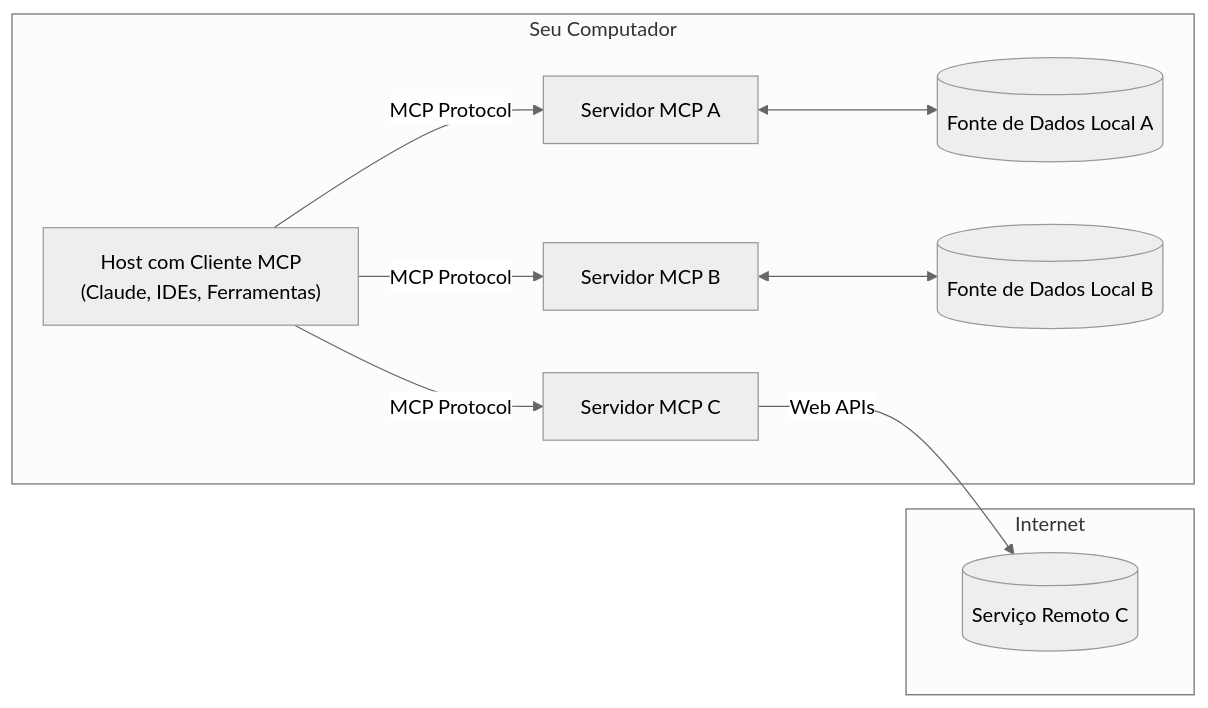
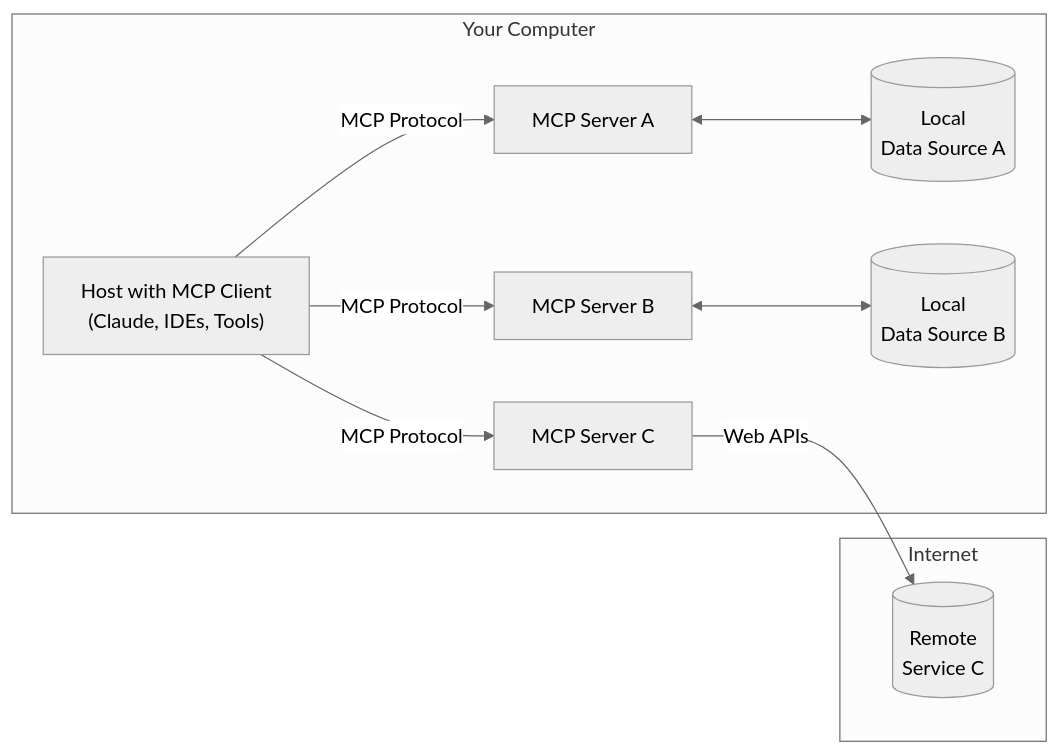
The first of 2 diagrams in mcp/README.md (luizweb/ai-dev), drawn with Mermaid before and after one commit. The commit also changed other lines of this file and 10 other files, not shown here.

````diff
--- a/mcp/README.md
+++ b/mcp/README.md
@@ -51,24 +46,24 @@
 ```mermaid
 ---
 config:
   theme: neutral
   look: classic
   layout: dagre
 ---
 flowchart LR
- subgraph Computer["Seu Computador"]
-        Client["Host com Cliente MCP<br>(Claude, IDEs, Ferramentas)"]
-        ServerA["Servidor MCP A"]
-        ServerB["Servidor MCP B"]
-        ServerC["Servidor MCP C"]
-        DataA[("Fonte de Dados Local A")]
-        DataB[("Fonte de Dados Local B")]
+ subgraph Computer["Your Computer"]
+        Client["Host with MCP Client<br>(Claude, IDEs, Tools)"]
+        ServerA["MCP Server A"]
+        ServerB["MCP Server B"]
+        ServerC["MCP Server C"]
+        DataA[("Local<br>Data Source A")]
+        DataB[("Local<br>Data Source B")]
   end
  subgraph Internet["Internet"]
-        RemoteC[("Serviço Remoto C")]
+        RemoteC[("Remote<br>Service C")]
   end
     Client -- MCP Protocol --> ServerA & ServerB & ServerC
     ServerA <--> DataA
     ServerB <--> DataB
     ServerC -- Web APIs --> RemoteC
 ```
````
